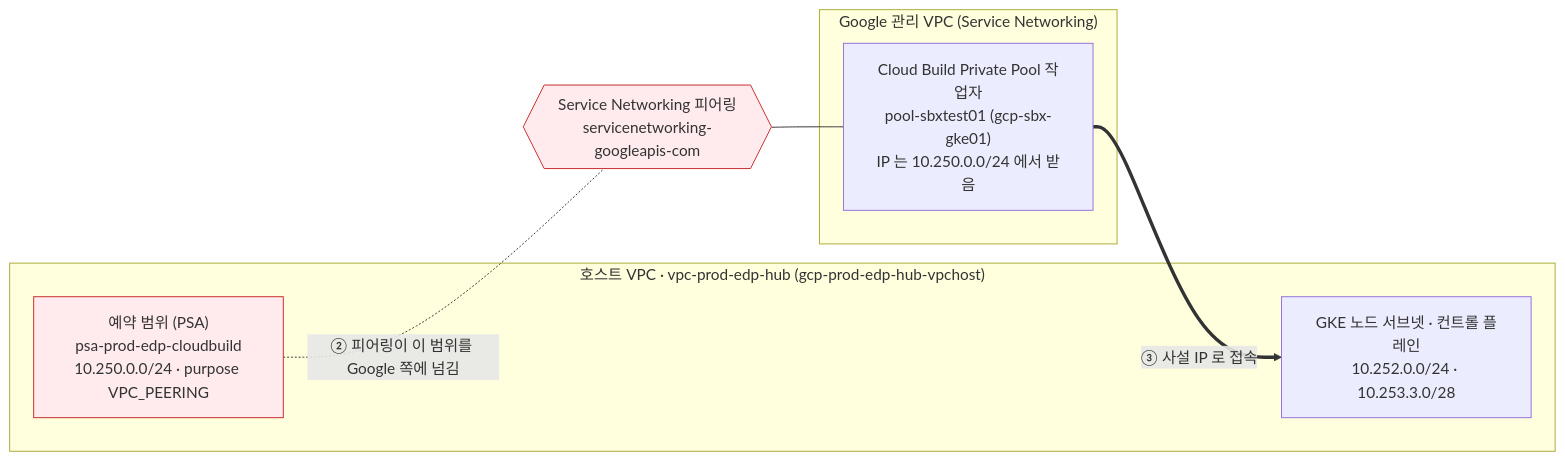
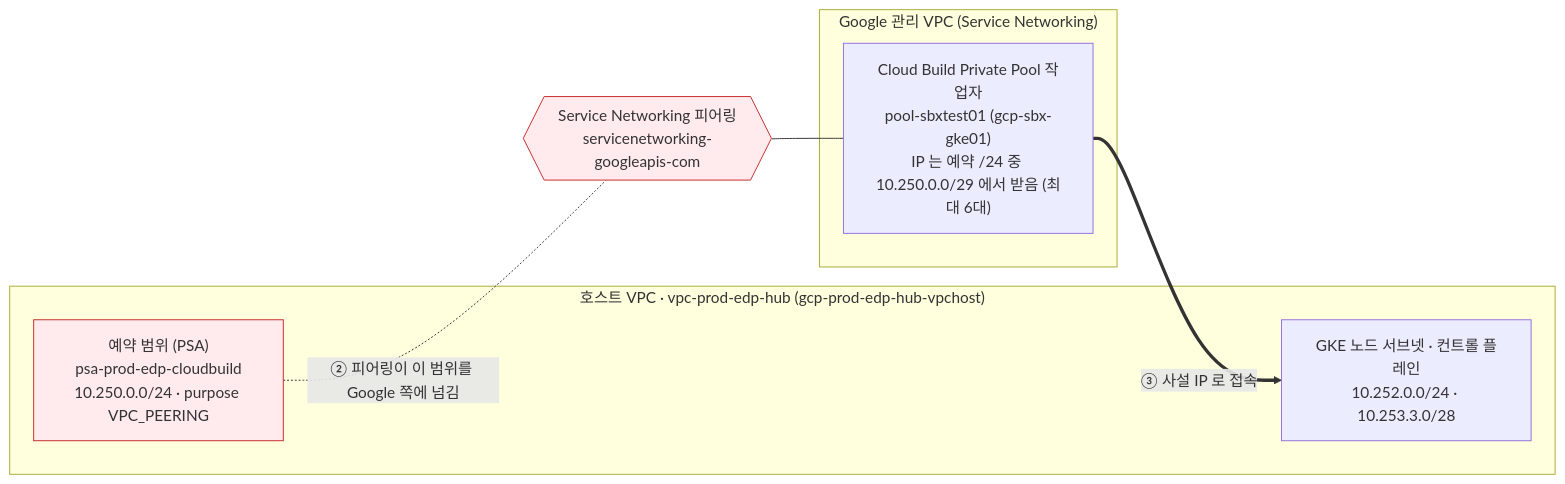
Before and after one commit to sonmap/GCP_SBX_Test03: the seventh of 13 diagrams in 02.infra-setup/infra-setup-commend.md, drawn with Mermaid. The commit also changed other lines of this file, not shown here.

First line of the commit message:
Infra guide 3-17: Private Pool uses 10.250.0.0/29 inside the PSA /24

````diff
--- a/02.infra-setup/infra-setup-commend.md
+++ b/02.infra-setup/infra-setup-commend.md
@@ -1379,18 +1379,18 @@
 ```mermaid
 flowchart LR
     subgraph HOST["호스트 VPC · vpc-prod-edp-hub (gcp-prod-edp-hub-vpchost)"]
       RNG["예약 범위 (PSA)<br/>psa-prod-edp-cloudbuild<br/>10.250.0.0/24 · purpose VPC_PEERING"]
       GKE["GKE 노드 서브넷 · 컨트롤 플레인<br/>10.252.0.0/24 · 10.253.3.0/28"]
     end
 
     subgraph GOOG["Google 관리 VPC (Service Networking)"]
-      POOL["Cloud Build Private Pool 작업자<br/>pool-sbxtest01 (gcp-sbx-gke01)<br/>IP 는 10.250.0.0/24 에서 받음"]
+      POOL["Cloud Build Private Pool 작업자<br/>pool-sbxtest01 (gcp-sbx-gke01)<br/>IP 는 예약 /24 중 10.250.0.0/29 에서 받음 (최대 6대)"]
     end
 
     RNG -. "② 피어링이 이 범위를 Google 쪽에 넘김" .- PEER{{"Service Networking 피어링<br/>servicenetworking-googleapis-com"}}
     PEER --- POOL
     POOL ==>|"③ 사설 IP 로 접속"| GKE
 
     classDef del fill:#ffebee,stroke:#c62828
     class RNG,PEER del
 ```
````
